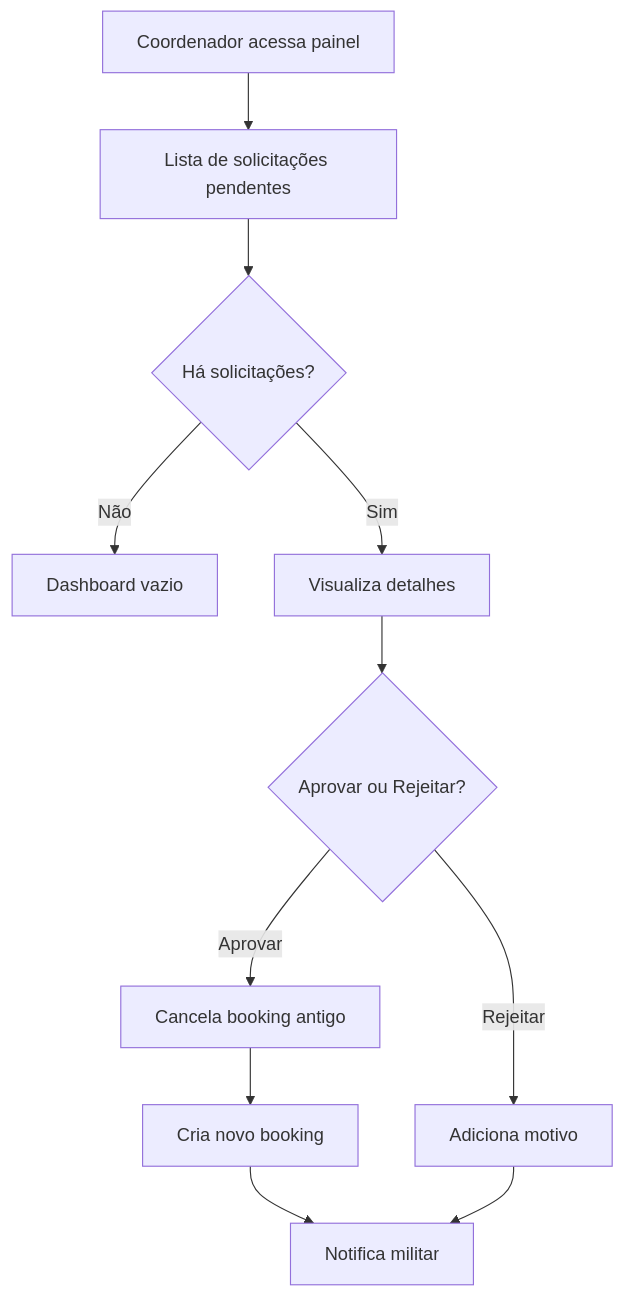
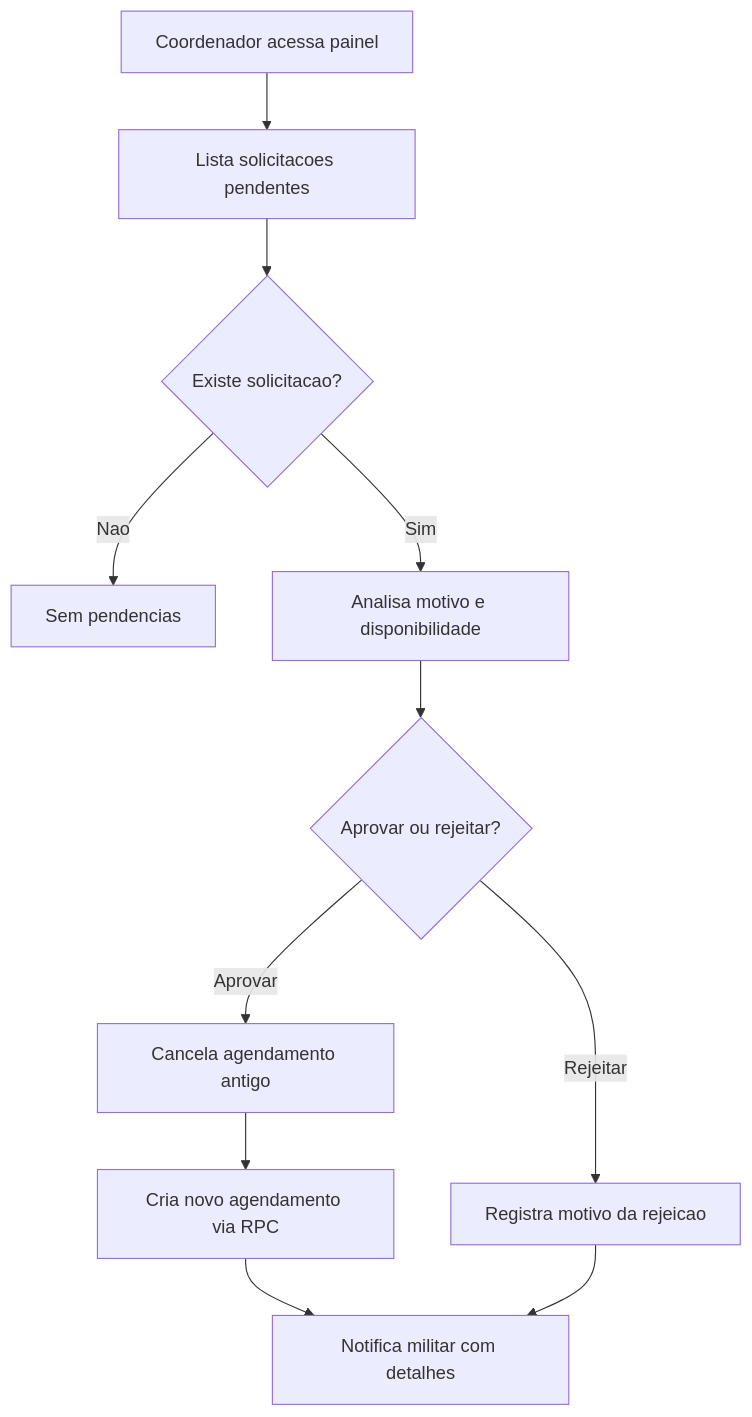
One commit to WellingtonADS/TACF-Digital changed the fourth of 4 diagrams in docs/PLANEJAMENTO.md. Above: the diagram before and after it, drawn with Mermaid. The commit also changed other lines of this file and 90 other files, not shown here.

````diff
--- a/docs/PLANEJAMENTO.md
+++ b/docs/PLANEJAMENTO.md
@@ -240,13 +260,13 @@
 ```mermaid
 flowchart TD
-    A[Coordenador acessa painel] --> B[Lista de solicitações pendentes]
-    B --> C{Há solicitações?}
-    C -->|Não| D[Dashboard vazio]
-    C -->|Sim| E[Visualiza detalhes]
-    E --> F{Aprovar ou Rejeitar?}
-    F -->|Aprovar| G[Cancela booking antigo]
-    G --> H[Cria novo booking]
-    H --> I[Notifica militar]
-    F -->|Rejeitar| J[Adiciona motivo]
+    A[Coordenador acessa painel] --> B[Lista solicitacoes pendentes]
+    B --> C{Existe solicitacao?}
+    C -->|Nao| D[Sem pendencias]
+    C -->|Sim| E[Analisa motivo e disponibilidade]
+    E --> F{Aprovar ou rejeitar?}
+    F -->|Aprovar| G[Cancela agendamento antigo]
+    G --> H[Cria novo agendamento via RPC]
+    H --> I[Notifica militar com detalhes]
+    F -->|Rejeitar| J[Registra motivo da rejeicao]
     J --> I
 ```
````
